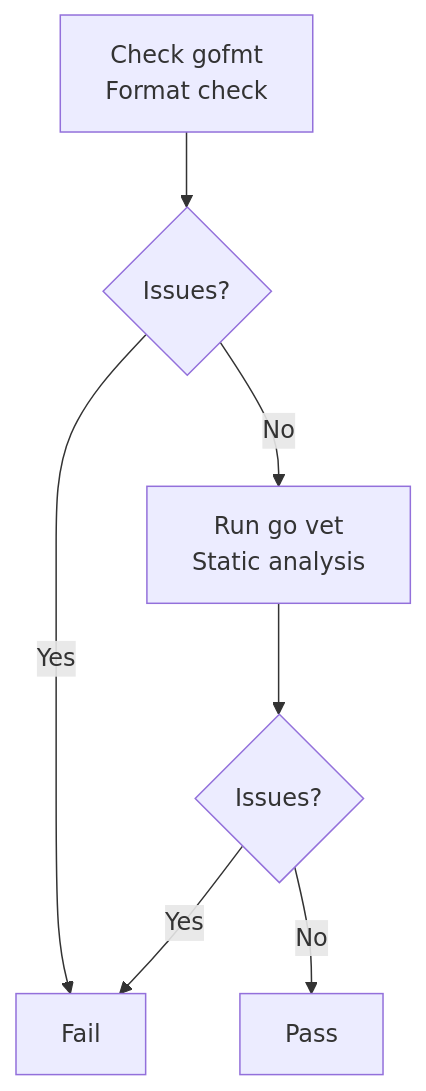
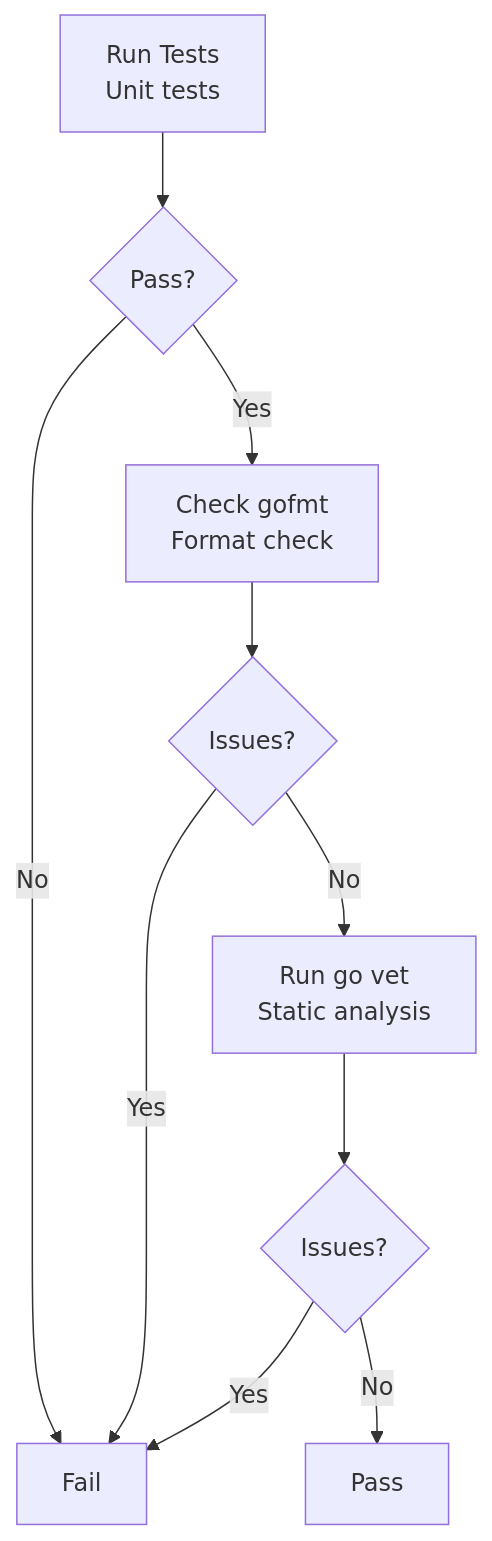
One commit to victoriacheng15/personal-reading-analytics changed the first of 6 diagrams in docs/github_actions.md. Above: the diagram before and after it, drawn with Mermaid. The commit also changed other lines of this file and 1 other file, not shown here.

````diff
--- a/docs/github_actions.md
+++ b/docs/github_actions.md
@@ -30,9 +30,12 @@
 ```mermaid
 graph TD
-    A["Check gofmt<br/>Format check"] --> B{"Issues?"}
-    B -->|Yes| C["Fail"]
-    B -->|No| D["Run go vet<br/>Static analysis"]
+    A["Run Tests<br/>Unit tests"] --> B{"Pass?"}
+    B -->|No| C["Fail"]
+    B -->|Yes| D["Check gofmt<br/>Format check"]
     D --> E{"Issues?"}
     E -->|Yes| C
-    E -->|No| F["Pass"]
+    E -->|No| F["Run go vet<br/>Static analysis"]
+    F --> G{"Issues?"}
+    G -->|Yes| C
+    G -->|No| H["Pass"]
 ```
````
